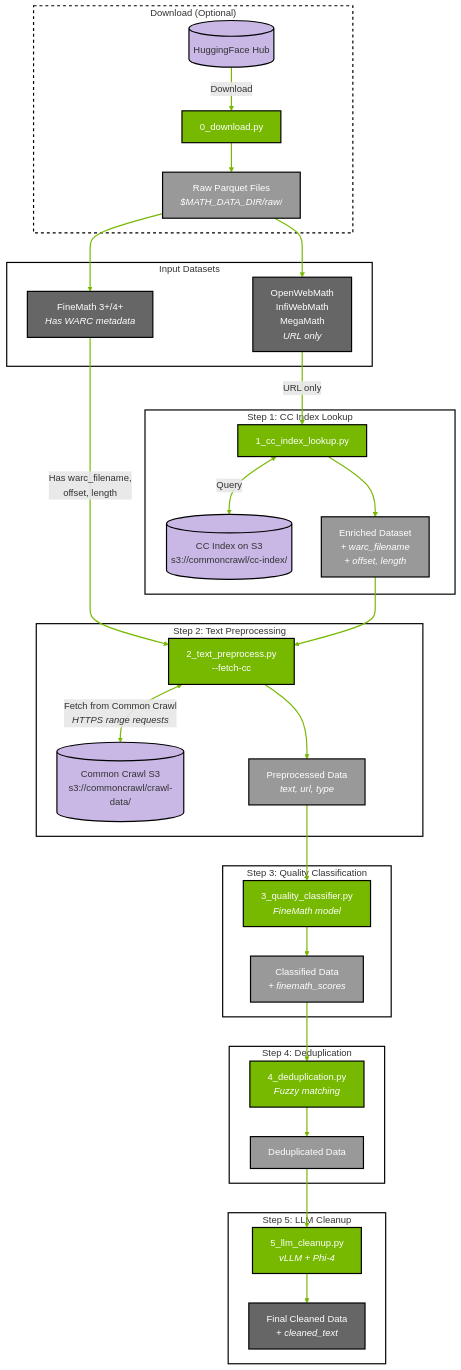
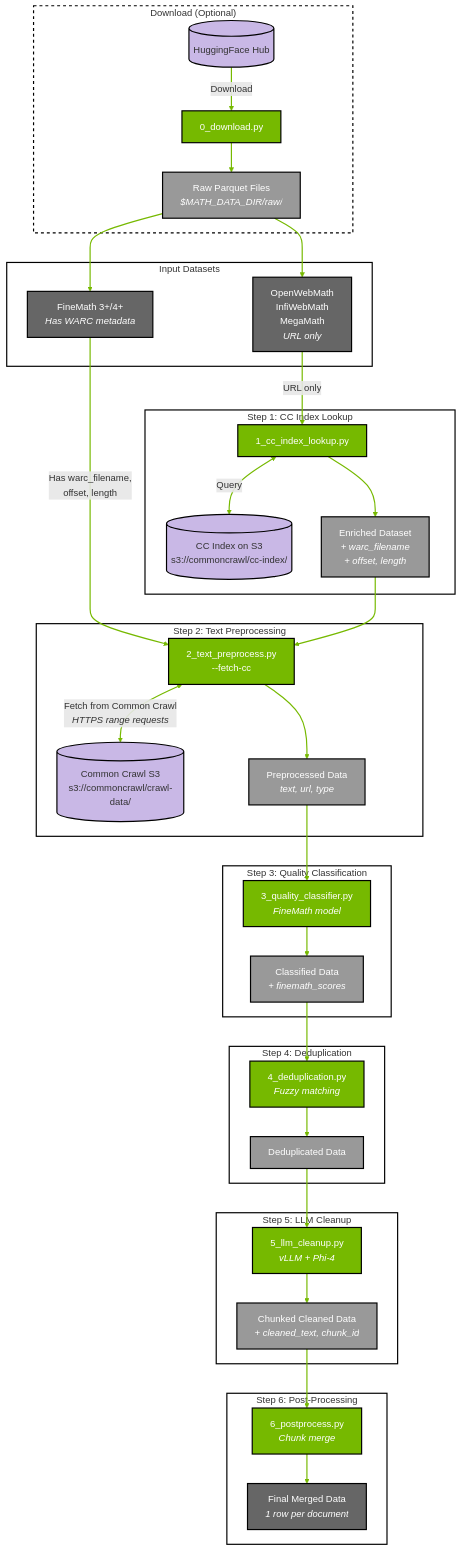
The diagram in tutorials/math/README.md (NVIDIA-NeMo/Curator), drawn with Mermaid before and after one commit. The commit also changed other lines of this file and 4 other files, not shown here.

First line of the commit message:
Add ChunkMergeStage for post-LLM chunk reassembly

```diff
--- a/tutorials/math/README.md
+++ b/tutorials/math/README.md
@@ -205,7 +205,12 @@
 
     subgraph step5["Step 5: LLM Cleanup"]
         LLM["5_llm_cleanup.py<br/><i>vLLM + Phi-4</i>"]
-        FINAL["Final Cleaned Data<br/><i>+ cleaned_text</i>"]
+        CHUNKED["Chunked Cleaned Data<br/><i>+ cleaned_text, chunk_id</i>"]
+    end
+
+    subgraph step6["Step 6: Post-Processing"]
+        MERGE["6_postprocess.py<br/><i>Chunk merge</i>"]
+        FINAL["Final Merged Data<br/><i>1 row per document</i>"]
     end
 
     %% Download flow (optional)
@@ -231,7 +236,9 @@
     CLASSIFIED --> DEDUP
     DEDUP --> DEDUPED
     DEDUPED --> LLM
-    LLM --> FINAL
+    LLM --> CHUNKED
+    CHUNKED --> MERGE
+    MERGE --> FINAL
 
     %% ==========================================
     %% NVIDIA Color Scheme
@@ -255,10 +262,10 @@
     class HF,CC_INDEX,CC_S3 nvidiaPurple
 
     %% Processing steps (Python scripts) - NVIDIA Green
-    class DL,LOOKUP,EXTRACT,CLASSIFY,DEDUP,LLM nvidiaGreen
+    class DL,LOOKUP,EXTRACT,CLASSIFY,DEDUP,LLM,MERGE nvidiaGreen
 
     %% Intermediate outputs - Light Gray
-    class RAW,ENRICHED,PREPROCESSED,CLASSIFIED,DEDUPED nvidiaLightGray
+    class RAW,ENRICHED,PREPROCESSED,CLASSIFIED,DEDUPED,CHUNKED nvidiaLightGray
 
     %% Final output - Gray
     class FINAL nvidiaGray
@@ -271,6 +278,7 @@
     style step3 fill:transparent,stroke:#000000,stroke-width:2px,color:#333
     style step4 fill:transparent,stroke:#000000,stroke-width:2px,color:#333
     style step5 fill:transparent,stroke:#000000,stroke-width:2px,color:#333
+    style step6 fill:transparent,stroke:#000000,stroke-width:2px,color:#333
 
     %% Link/Arrow styling (Note: linkStyle support varies by renderer)
     linkStyle default stroke:#76b900,stroke-width:2px
```
